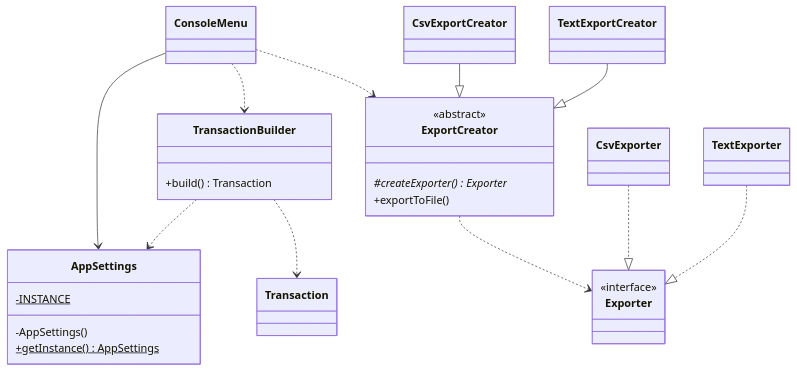
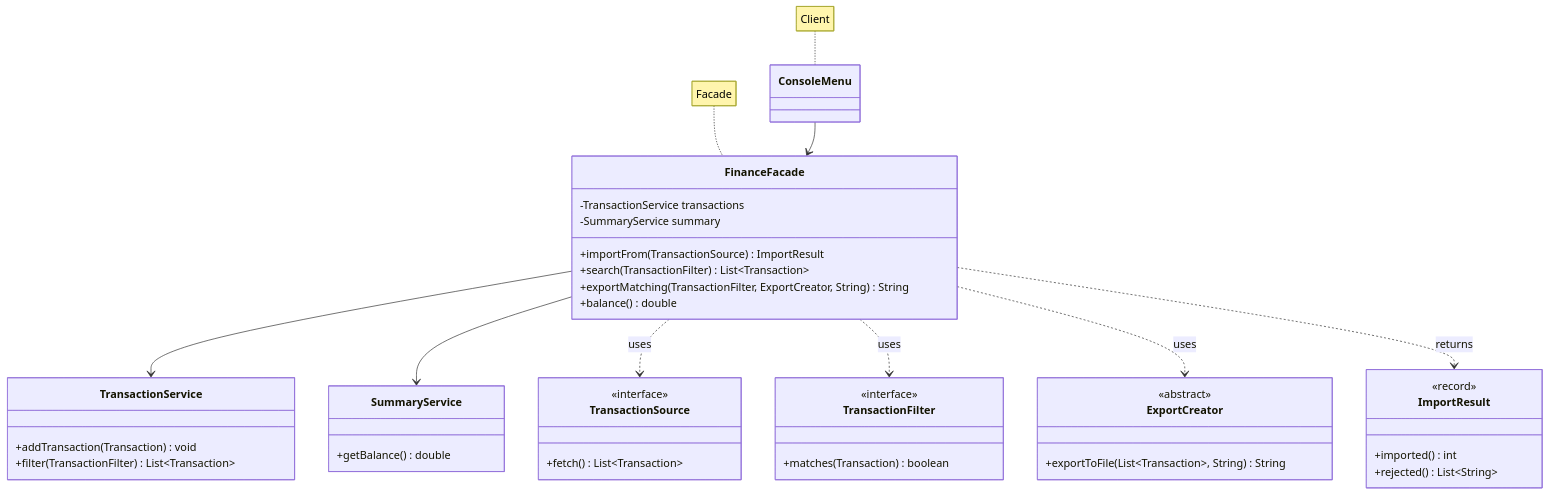
One commit to kynexi/tmps-labs changed the fourth of 5 diagrams in docs/lab2.md. Above: the diagram before and after it, drawn with Mermaid. The commit also changed other lines of this file and 2 other files, not shown here.

````diff
--- a/docs/lab2.md
+++ b/docs/lab2.md
@@ -185,36 +411,47 @@
 ```mermaid
 classDiagram
     class ConsoleMenu
-    class AppSettings {
-        -INSTANCE$
-        -AppSettings()
-        +getInstance()$ AppSettings
+    class FinanceFacade {
+        -TransactionService transactions
+        -SummaryService summary
+        +importFrom(TransactionSource) ImportResult
+        +search(TransactionFilter) List~Transaction~
+        +exportMatching(TransactionFilter, ExportCreator, String) String
+        +balance() double
     }
-    class TransactionBuilder {
-        +build() Transaction
+    class ImportResult {
+        <<record>>
+        +imported() int
+        +rejected() List~String~
     }
-    class Transaction
-    class Exporter {
+    class TransactionService {
+        +addTransaction(Transaction) void
+        +filter(TransactionFilter) List~Transaction~
+    }
+    class SummaryService {
+        +getBalance() double
+    }
+    class TransactionSource {
         <<interface>>
+        +fetch() List~Transaction~
     }
-    class CsvExporter
-    class TextExporter
+    class TransactionFilter {
+        <<interface>>
+        +matches(Transaction) boolean
+    }
     class ExportCreator {
         <<abstract>>
-        #createExporter()* Exporter
-        +exportToFile()
+        +exportToFile(List~Transaction~, String) String
     }
-    class CsvExportCreator
-    class TextExportCreator
 
-    ConsoleMenu --> AppSettings
-    ConsoleMenu ..> TransactionBuilder
-    TransactionBuilder ..> AppSettings
-    TransactionBuilder ..> Transaction
-    ConsoleMenu ..> ExportCreator
-    CsvExportCreator --|> ExportCreator
-    TextExportCreator --|> ExportCreator
-    ExportCreator ..> Exporter
-    CsvExporter ..|> Exporter
-    TextExporter ..|> Exporter
+    ConsoleMenu --> FinanceFacade
+    FinanceFacade --> TransactionService
+    FinanceFacade --> SummaryService
+    FinanceFacade ..> TransactionSource : uses
+    FinanceFacade ..> TransactionFilter : uses
+    FinanceFacade ..> ExportCreator : uses
+    FinanceFacade ..> ImportResult : returns
+
+    note for FinanceFacade "Facade"
+    note for ConsoleMenu "Client"
 ```
````
